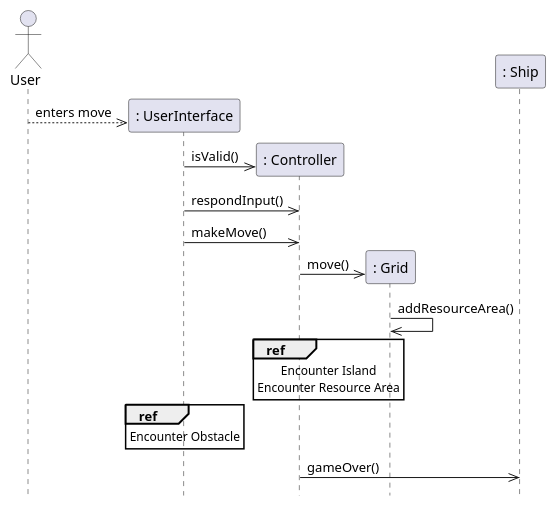
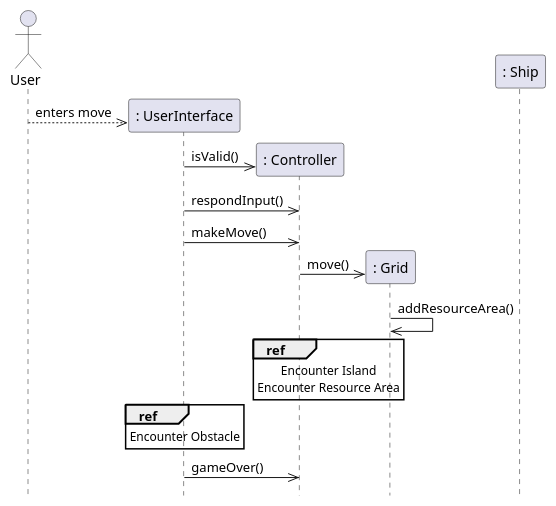
The second of 5 diagrams in CMPU_203_PirateGame/doc/design.md (emutchek/MaraudersAtSea), drawn with PlantUML before and after one commit. The commit also changed 2 other files, not shown here.

Commit message:
added game over checker

````diff
--- a/CMPU_203_PirateGame/doc/design.md
+++ b/CMPU_203_PirateGame/doc/design.md
@@ -132,24 +132,24 @@
 ```PlantUML
 @startuml
 hide footbox
 actor User as user
 participant ": UserInterface" as UI
 participant ": Controller" as controller
 participant ": Grid" as grid
 participant ": Ship" as ship
 user -->> UI **: enters move
 UI ->> controller **: isValid()
 UI ->> controller : respondInput()
 UI ->> controller : makeMove()
 controller ->> grid **: move()
 grid ->> grid : addResourceArea()
 ref over controller
 Encounter Island
 Encounter Resource Area
 endref
 ref over UI 
 Encounter Obstacle
 endref
-controller ->> ship : gameOver()
+UI ->> controller : gameOver()
 @enduml
 ```
````
